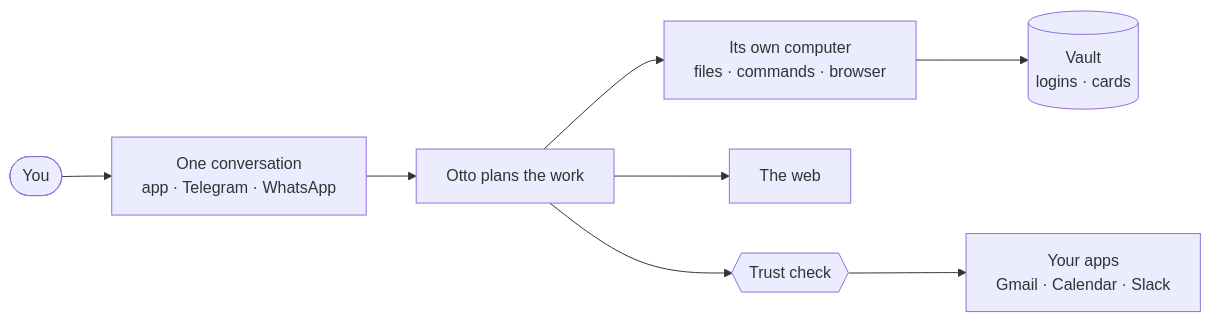
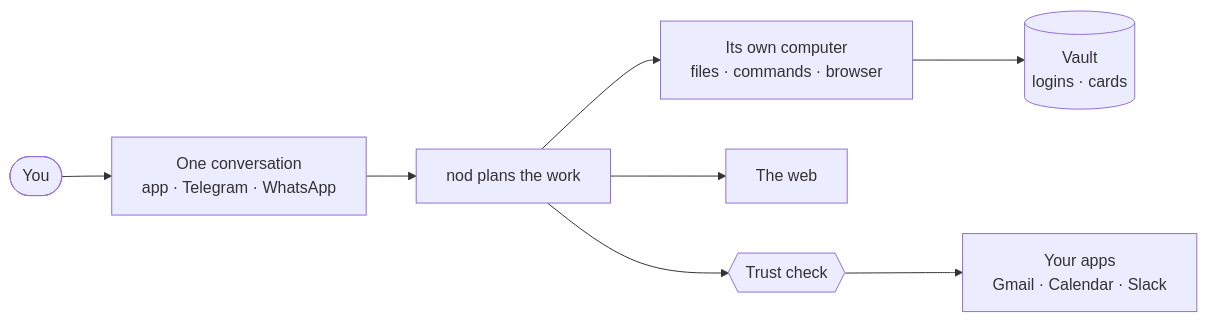
One commit to KrishBhimani/nod changed the diagram in docs/src/content/docs/index.mdx. Above: the diagram before and after it, drawn with Mermaid. The commit also changed other lines of this file and 380 other files, not shown here.

Commit message:
feat!: rename Otto to nod (#398)

````diff
--- a/docs/src/content/docs/index.mdx
+++ b/docs/src/content/docs/index.mdx
@@ -109,10 +109,10 @@
 ```mermaid
 flowchart LR
   you([You]):::accent --> chat[One conversation<br/>app · Telegram · WhatsApp]
-  chat --> otto[Otto plans the work]
-  otto --> computer[Its own computer<br/>files · commands · browser]
-  otto --> web[The web]
-  otto --> trust{{Trust check}}:::accent
+  chat --> nod[nod plans the work]
+  nod --> computer[Its own computer<br/>files · commands · browser]
+  nod --> web[The web]
+  nod --> trust{{Trust check}}:::accent
   trust --> apps[Your apps<br/>Gmail · Calendar · Slack]
   computer --> vault[(Vault<br/>logins · cards)]:::accent
 ```
````
